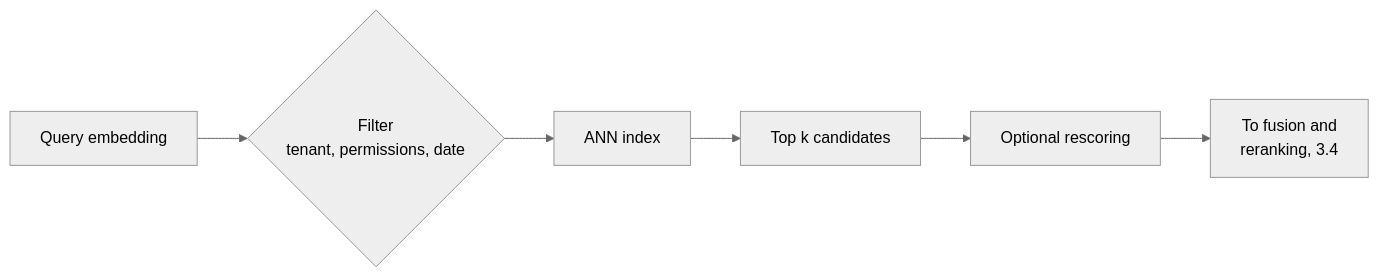
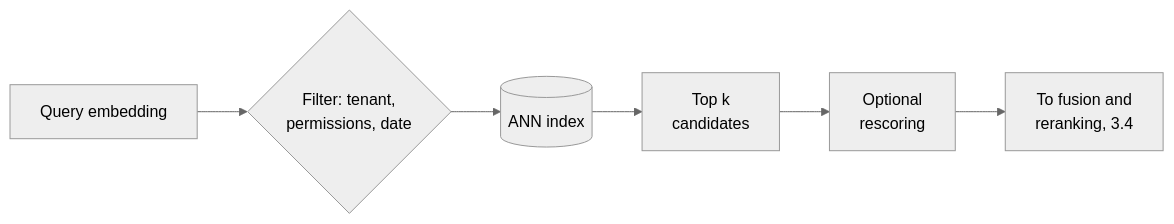
One commit to daneb/ai-system-design-primer changed the diagram in images/src/3.6-vector-stores.mmd. Above: the diagram before and after it, drawn with Mermaid (neutral theme). The commit also changed 151 other files, not shown here.

```diff
--- a/images/src/3.6-vector-stores.mmd
+++ b/images/src/3.6-vector-stores.mmd
@@ -1,4 +1,4 @@
-%% alt: Diagram for 3.6 Vector stores: Query embedding, Filter tenant, permissions, date, ANN index, Top k candidates, Optional rescoring, To fusion and reranking, 3.4
+%% alt: A query embedding is first filtered by tenant, permissions and date, then searched in an approximate nearest-neighbour index; the top k candidates are optionally rescored and passed on to fusion and reranking (3.4).
 flowchart LR
-  Q[Query embedding] --> F{Filter<br/>tenant, permissions, date}
-  F --> A[ANN index] --> C[Top k candidates] --> R[Optional rescoring] --> O[To fusion and<br/>reranking, 3.4]
+  Q[Query embedding]:::data --> F{Filter: tenant,<br/>permissions, date}:::control
+  F --> A[(ANN index)]:::data --> C[Top k<br/>candidates]:::tool --> R[Optional<br/>rescoring]:::tool --> O[To fusion and<br/>reranking, 3.4]
```
